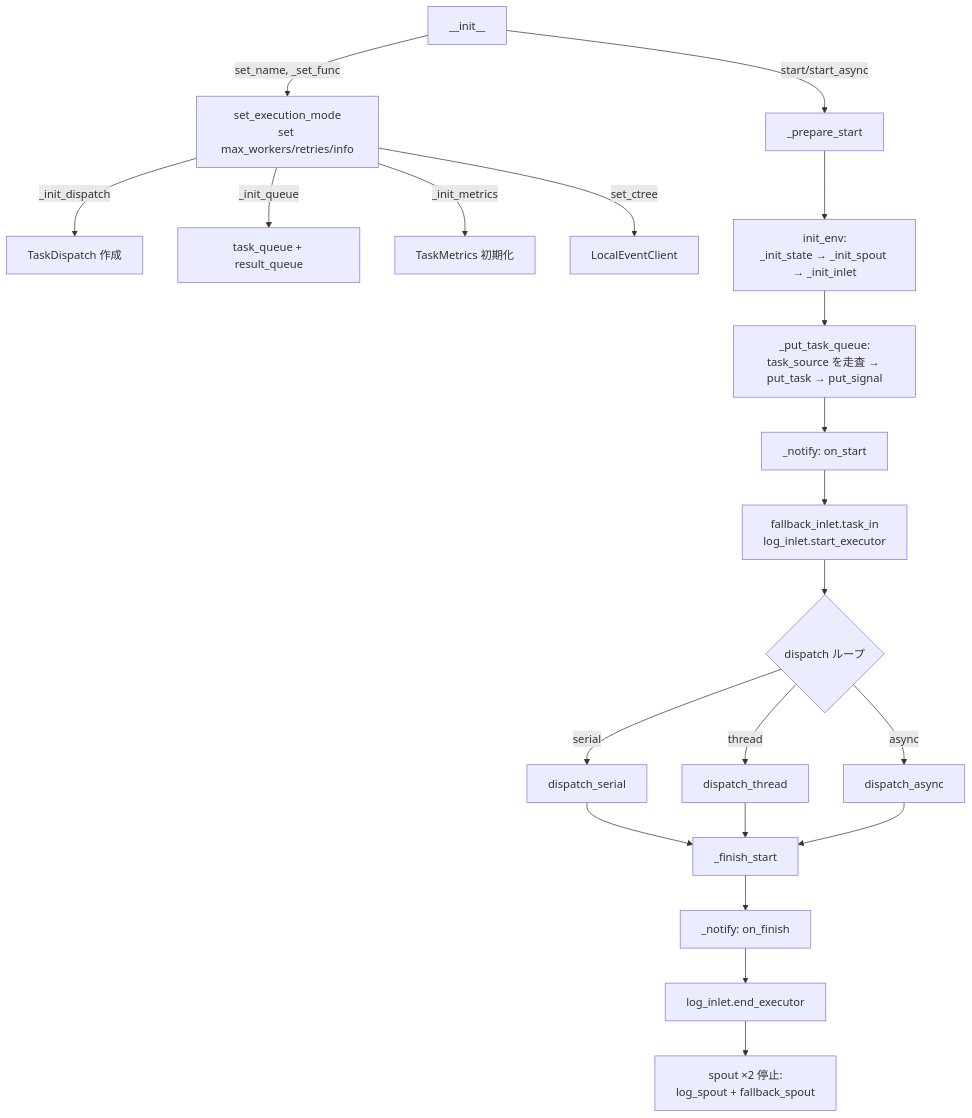
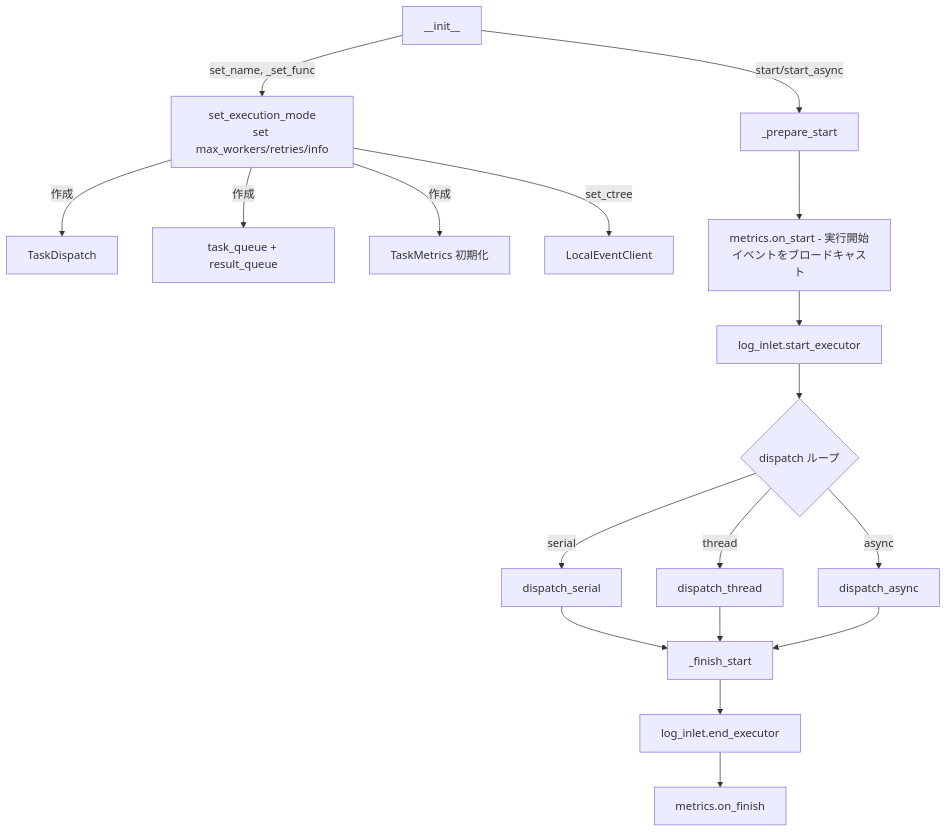
The diagram in docs/ja/src/stage/core_executor.md (Mr-xiaotian/CelestialFlow), drawn with Mermaid before and after one commit. The commit also changed other lines of this file and 233 other files, not shown here.

````diff
--- a/docs/ja/src/stage/core_executor.md
+++ b/docs/ja/src/stage/core_executor.md
@@ -180,27 +177,23 @@
 ```mermaid
 flowchart TD
     INIT[__init__] -->|set_name, _set_func| CONFIG[set_execution_mode<br/>set max_workers/retries/info]
-    CONFIG -->|_init_dispatch| DISPATCH[TaskDispatch 作成]
-    CONFIG -->|_init_queue| QUEUE[task_queue + result_queue]
-    CONFIG -->|_init_metrics| METRICS[TaskMetrics 初期化]
+    CONFIG -->|作成| DISPATCH[TaskDispatch]
+    CONFIG -->|作成| QUEUE[task_queue + result_queue]
+    CONFIG -->|作成| METRICS[TaskMetrics 初期化]
     CONFIG -->|set_ctree| CTREE[LocalEventClient]
 
     INIT -->|start/start_async| PREPARE[_prepare_start]
-    PREPARE --> ENV[init_env:<br/>_init_state → _init_spout → _init_inlet]
-    ENV --> PUT[_put_task_queue:<br/>task_source を走査 → put_task → put_signal]
-    PUT --> NOTIFY_START[_notify: on_start]
-    NOTIFY_START --> LOG_START[fallback_inlet.task_in<br/>log_inlet.start_executor]
-
+    PREPARE --> METRICS_START[metrics.on_start - 実行開始イベントをブロードキャスト]
+    METRICS_START --> LOG_START[log_inlet.start_executor]
     LOG_START --> RUN{dispatch ループ}
     RUN -->|serial| SERIAL[dispatch_serial]
     RUN -->|thread| THREAD[dispatch_thread]
     RUN -->|async| ASYNC[dispatch_async]
 
     SERIAL --> FINISH[_finish_start]
     THREAD --> FINISH
     ASYNC --> FINISH
 
-    FINISH --> NOTIFY_END[_notify: on_finish]
-    NOTIFY_END --> LOG_END[log_inlet.end_executor]
-    LOG_END --> STOP[spout ×2 停止:<br/>log_spout + fallback_spout]
+    FINISH --> LOG_END[log_inlet.end_executor]
+    LOG_END --> METRICS_FINISH[metrics.on_finish]
 ```
````
